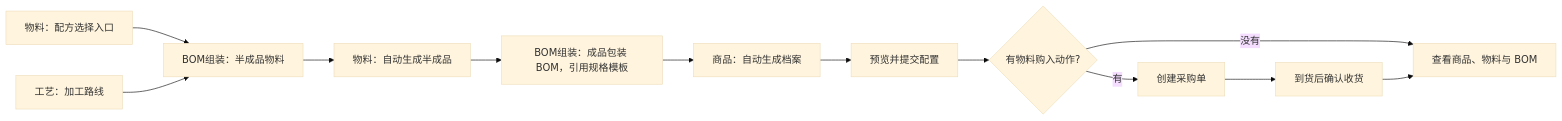
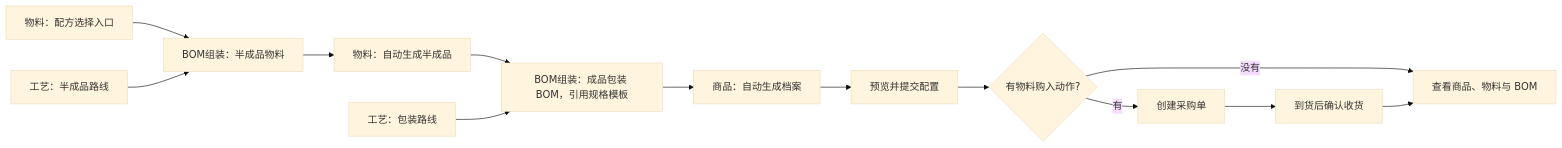
Before and after one commit to Backstage2539/KFerp: the diagram in orderapp-remote/docs/OP_MANUAL_PRODUCT_CREATOR.md, drawn with Mermaid (base theme). The commit also changed other lines of this file and 24 other files, not shown here.

````diff
--- a/orderapp-remote/docs/OP_MANUAL_PRODUCT_CREATOR.md
+++ b/orderapp-remote/docs/OP_MANUAL_PRODUCT_CREATOR.md
@@ -9,14 +9,15 @@
 ```mermaid
 flowchart LR
   A[物料：配方选择入口] --> B[BOM组装：半成品物料]
-  P[工艺：加工路线] --> B
+  P[工艺：半成品路线] --> B
   B --> C[物料：自动生成半成品]
   C --> D[BOM组装：成品包装 BOM，引用规格模板]
+  Q[工艺：包装路线] --> D
   D --> F[商品：自动生成档案]
   F --> G[预览并提交配置]
   G --> H{有物料购入动作?}
   H -->|有| I[创建采购单]
   I --> J[到货后确认收货]
   H -->|没有| K[查看商品、物料与 BOM]
   J --> K
 ```
````
